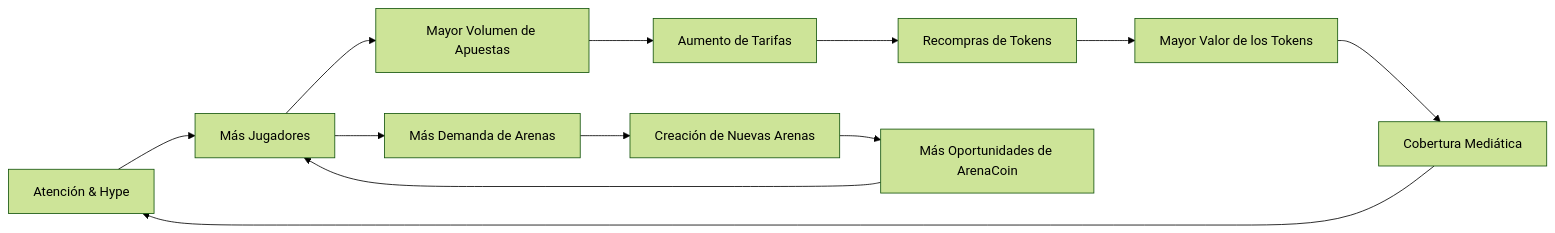
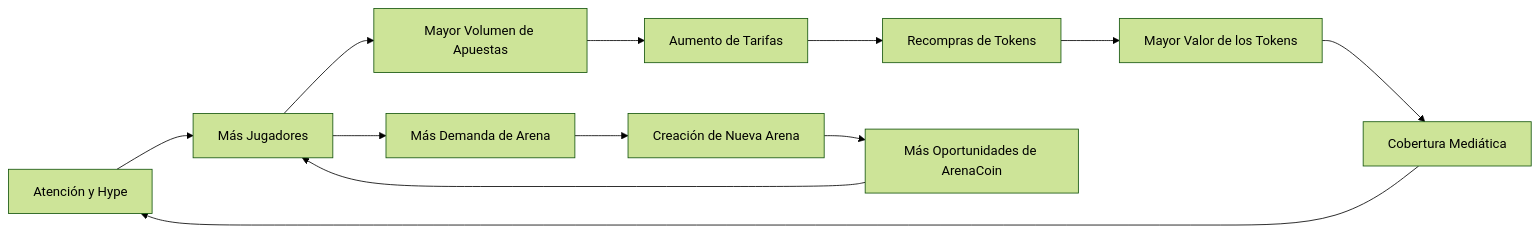
Before and after one commit to b3-fun/b3: the second of 2 diagrams in docs/es/hypeduel/platform-overview.mdx, drawn with Mermaid (forest theme). The commit also changed other lines of this file and 95 other files, not shown here.

````diff
--- a/docs/es/hypeduel/platform-overview.mdx
+++ b/docs/es/hypeduel/platform-overview.mdx
@@ -213,15 +141,15 @@
 ```mermaid
 graph LR
-    A[Atención & Hype] --> B[Más Jugadores]
+    A[Atención y Hype] --> B[Más Jugadores]
     B --> C[Mayor Volumen de Apuestas]
     C --> D[Aumento de Tarifas]
     D --> E[Recompras de Tokens]
     E --> F[Mayor Valor de los Tokens]
     F --> G[Cobertura Mediática]
     G --> A
 
-    B --> H[Más Demanda de Arenas]
-    H --> I[Creación de Nuevas Arenas]
+    B --> H[Más Demanda de Arena]
+    H --> I[Creación de Nueva Arena]
     I --> J[Más Oportunidades de ArenaCoin]
     J --> B
 ```
````
